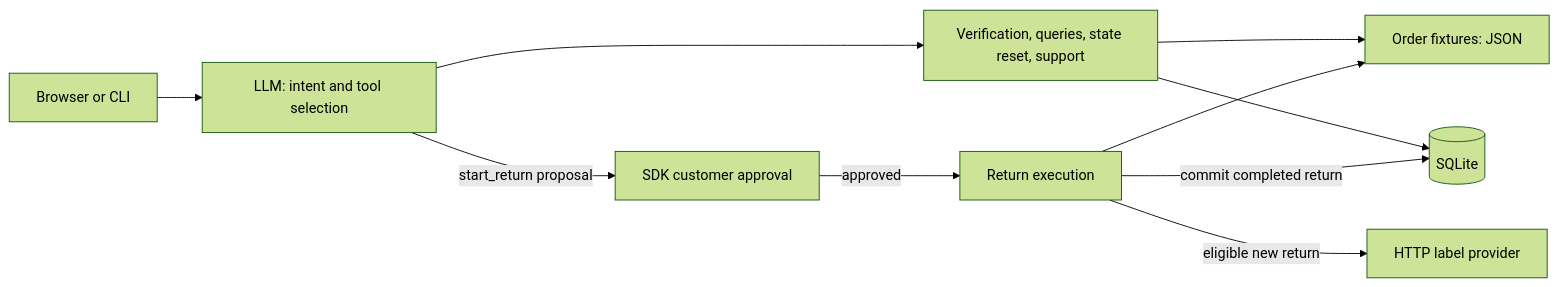
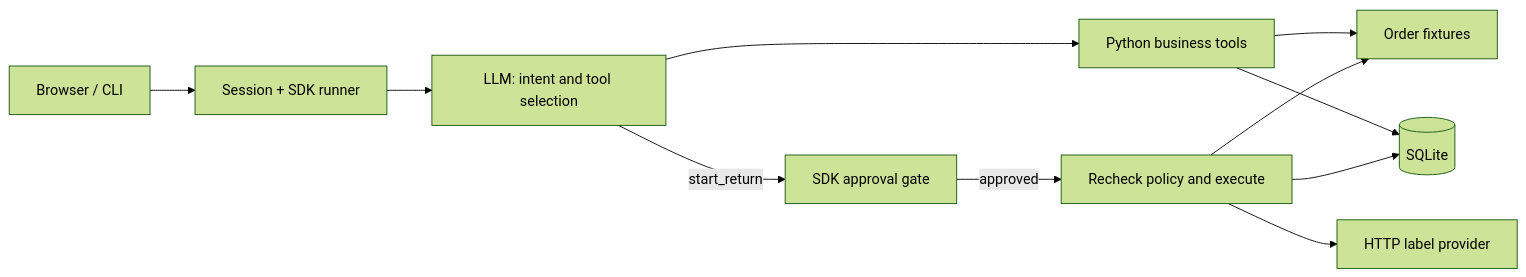
One commit to ViolaSongsy/ciderlane-agent changed the diagram in README.md. Above: the diagram before and after it, drawn with Mermaid (forest theme). The commit also changed other lines of this file, not shown here.

````diff
--- a/README.md
+++ b/README.md
@@ -25,12 +19,13 @@
 ```mermaid
 flowchart LR
-    UI[Browser or CLI] --> Agent[LLM: intent and tool selection]
-    Agent --> Tools[Verification, queries, state reset, support]
-    Agent -->|start_return proposal| Approval[SDK customer approval]
-    Approval -->|approved| Return[Return execution]
-    Tools --> Orders[Order fixtures: JSON]
+    Client[Browser / CLI] --> Session[Session + SDK runner]
+    Session --> Agent[LLM: intent and tool selection]
+    Agent --> Tools[Python business tools]
+    Agent -->|start_return| Approval[SDK approval gate]
+    Tools --> Facts[Order fixtures]
     Tools --> DB[(SQLite)]
-    Return --> Orders
-    Return -->|eligible new return| Provider[HTTP label provider]
-    Return -->|commit completed return| DB
+    Approval -->|approved| Execute[Recheck policy and execute]
+    Execute --> Facts
+    Execute --> DB
+    Execute --> Provider[HTTP label provider]
 ```
````
